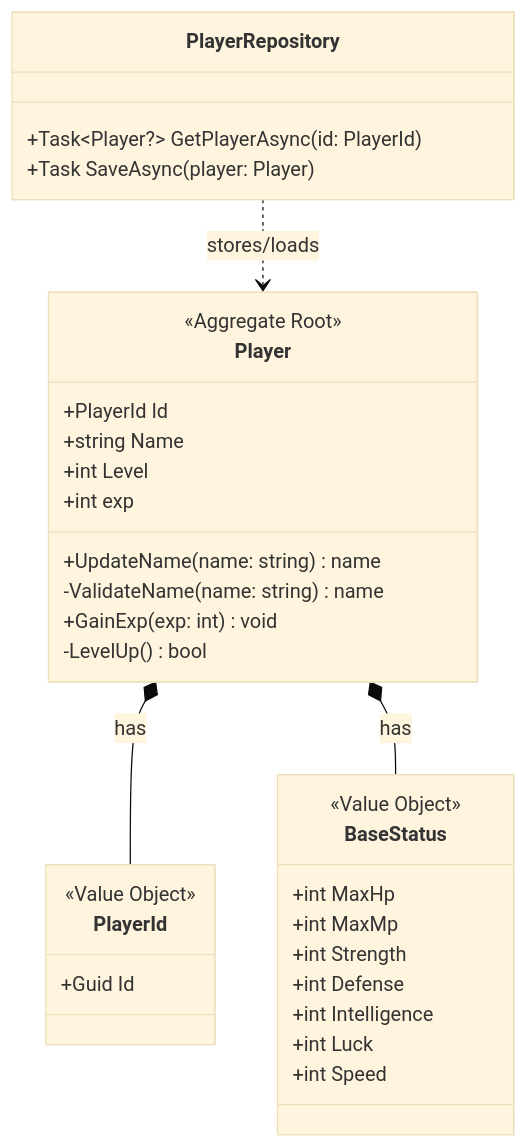
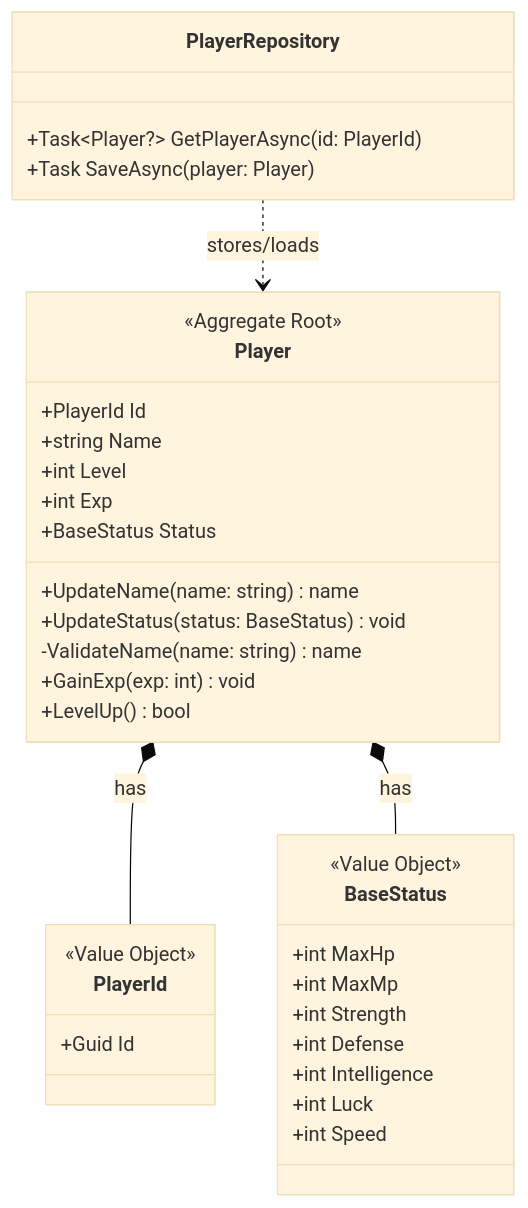
Before and after one commit to ayumu203/nisekue: the diagram in docs/01_ドメインモデル.mmd, drawn with Mermaid (base theme). The commit also changed 4 other files, not shown here.

```diff
--- a/docs/01_ドメインモデル.mmd
+++ b/docs/01_ドメインモデル.mmd
@@ -1,39 +1,41 @@
 classDiagram
     %% Player の基本情報
     class Player {
         <<Aggregate Root>>
         +PlayerId Id
         +string Name
         +int Level
-        +int exp
+        +int Exp
+        +BaseStatus Status
         +UpdateName(name: string) name
+        +UpdateStatus(status: BaseStatus) void
         -ValidateName(name: string) name 
         +GainExp(exp: int) void
-        -LevelUp() bool
+        +LevelUp() bool
     }
 
     class PlayerId {
         <<Value Object>>
         +Guid Id
     }
 
     class PlayerRepository {
         +Task~Player?~ GetPlayerAsync(id: PlayerId)
         +Task SaveAsync(player: Player)
     }
     Player *-- PlayerId : has
     PlayerRepository ..> Player : stores/loads
 
     %% Player の基本ステータス
     class BaseStatus {
         <<Value Object>>
         +int MaxHp
         +int MaxMp
         +int Strength
         +int Defense
         +int Intelligence
         +int Luck
         +int Speed
     }
 
     Player *-- BaseStatus : has
```
